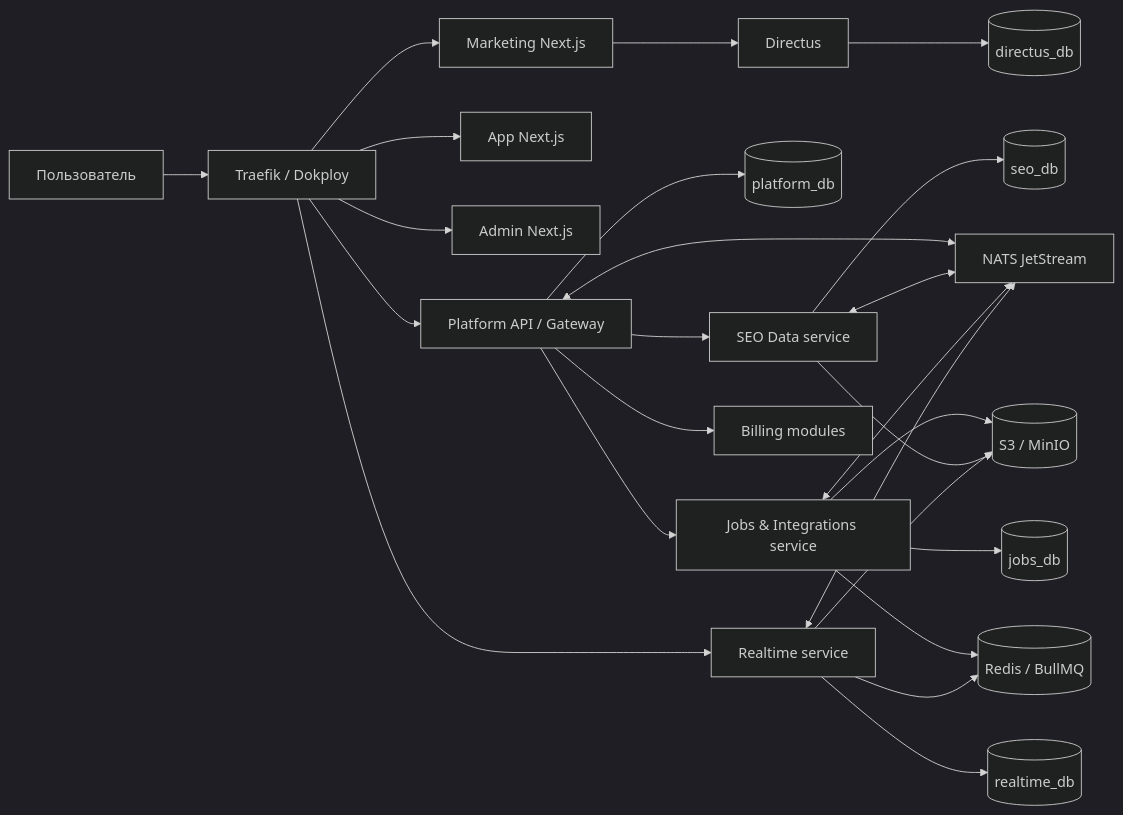
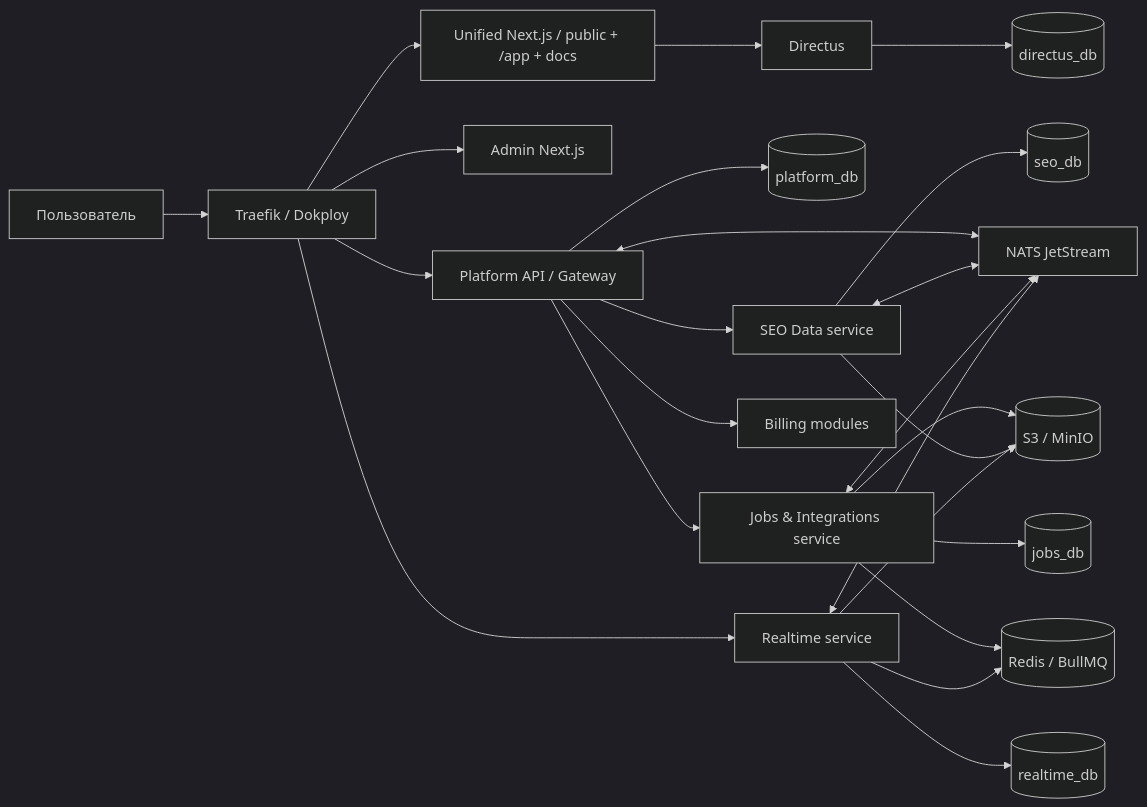
The diagram in docs/technical-spec/12-system-architecture-and-repositories.md (ker4ik13/seo-platform), drawn with Mermaid (dark theme) before and after one commit. The commit also changed other lines of this file and 18 other files, not shown here.

Commit message:
docs: adopt unified web and retention policies

````diff
--- a/docs/technical-spec/12-system-architecture-and-repositories.md
+++ b/docs/technical-spec/12-system-architecture-and-repositories.md
@@ -20,31 +20,30 @@
 ```mermaid
 flowchart LR
     U["Пользователь"] --> T["Traefik / Dokploy"]
-    T --> WEB["Marketing Next.js"]
-    T --> APP["App Next.js"]
+    T --> WEB["Unified Next.js / public + /app + docs"]
     T --> ADM["Admin Next.js"]
     T --> API["Platform API / Gateway"]
     T --> RT["Realtime service"]
 
     API --> COREDB[("platform_db")]
     API --> SEO["SEO Data service"]
     API --> JOB["Jobs & Integrations service"]
     API --> BILL["Billing modules"]
 
     SEO --> SEODB[("seo_db")]
     JOB --> JOBDB[("jobs_db")]
     JOB --> REDIS[("Redis / BullMQ")]
     RT --> REDIS
     RT --> RTDB[("realtime_db")]
 
     API <--> NATS["NATS JetStream"]
     SEO <--> NATS
     JOB <--> NATS
     RT <--> NATS
 
     JOB --> S3[("S3 / MinIO")]
     SEO --> S3
     RT --> S3
     WEB --> DIRECTUS["Directus"]
     DIRECTUS --> CMSDB[("directus_db")]
 ```
````
